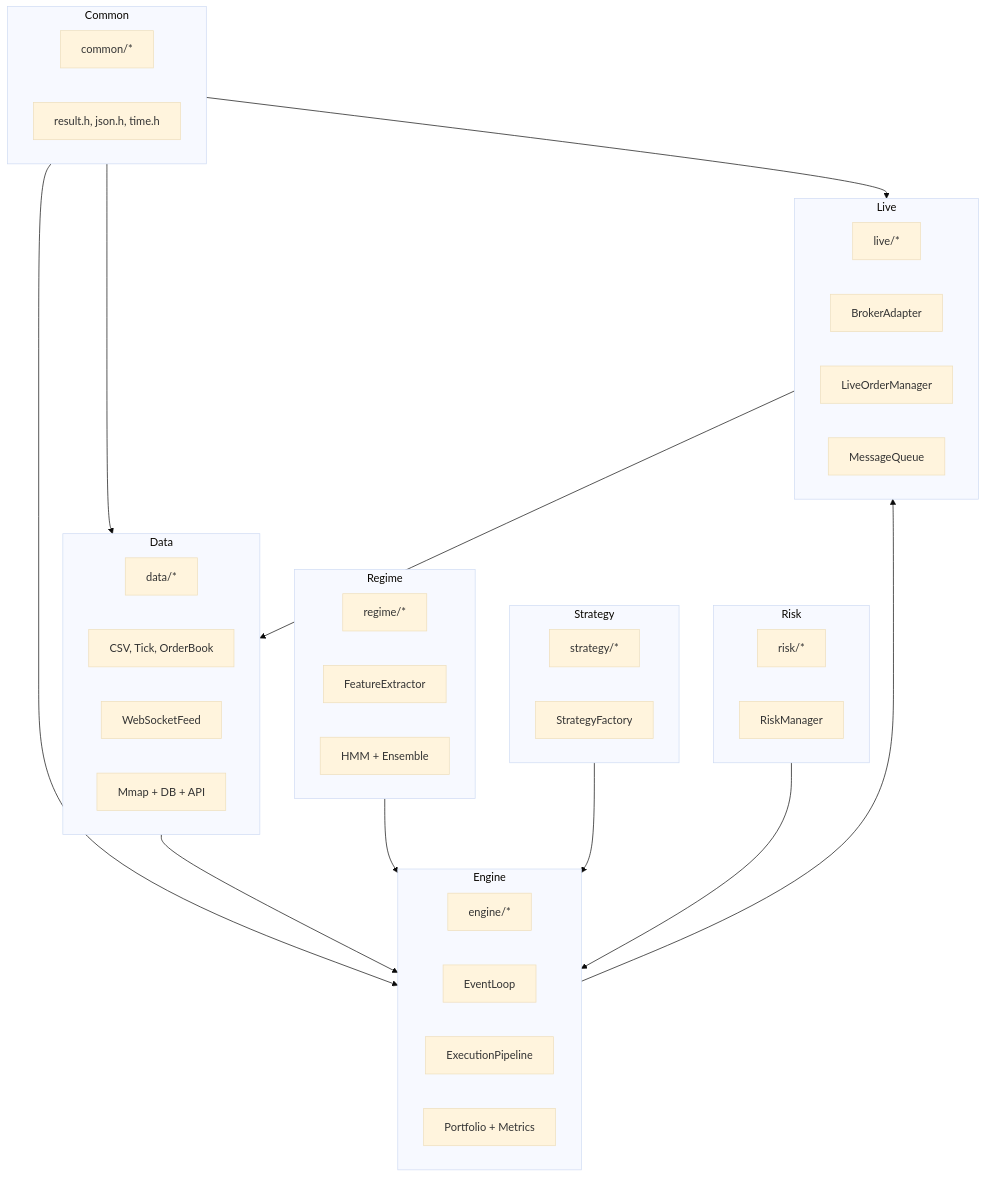
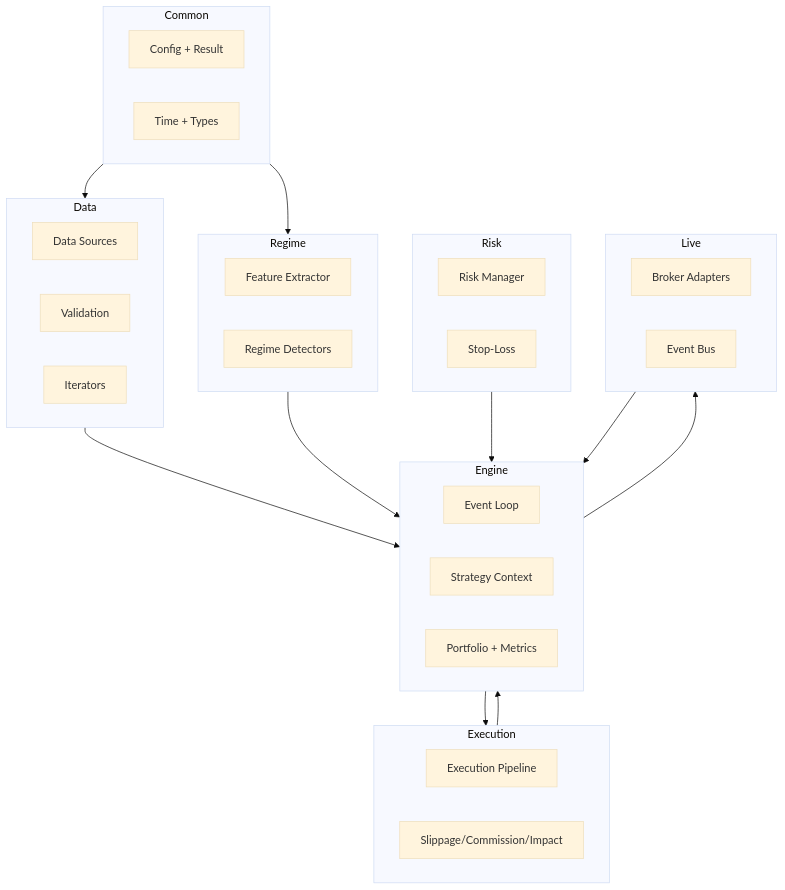
Before and after one commit to gregorian-09/regime-flow: the diagram in docs/explanation/architecture.md, drawn with Mermaid (base theme). The commit also changed other lines of this file and 58 other files, not shown here.

````diff
--- a/docs/explanation/architecture.md
+++ b/docs/explanation/architecture.md
@@ -8,55 +19,49 @@
 ```mermaid
 flowchart TB
   subgraph Common
-    C1[common/*]
-    C2[result.h, json.h, time.h]
+    C1[Config + Result]
+    C2[Time + Types]
   end
 
   subgraph Data
-    D1[data/*]
-    D2[CSV, Tick, OrderBook]
-    D3[WebSocketFeed]
-    D4[Mmap + DB + API]
+    D1[Data Sources]
+    D2[Validation]
+    D3[Iterators]
   end
 
   subgraph Regime
-    R1[regime/*]
-    R2[FeatureExtractor]
-    R3[HMM + Ensemble]
+    R1[Feature Extractor]
+    R2[Regime Detectors]
   end
 
   subgraph Engine
-    E1[engine/*]
-    E2[EventLoop]
-    E3[ExecutionPipeline]
-    E4[Portfolio + Metrics]
+    E1[Event Loop]
+    E2[Strategy Context]
+    E3[Portfolio + Metrics]
   end
 
-  subgraph Strategy
-    S1[strategy/*]
-    S2[StrategyFactory]
+  subgraph Execution
+    X1[Execution Pipeline]
+    X2[Slippage/Commission/Impact]
   end
 
   subgraph Risk
-    K1[risk/*]
-    K2[RiskManager]
+    K1[Risk Manager]
+    K2[Stop-Loss]
   end
 
   subgraph Live
-    L1[live/*]
-    L2[BrokerAdapter]
-    L3[LiveOrderManager]
-    L4[MessageQueue]
+    L1[Broker Adapters]
+    L2[Event Bus]
   end
 
   Common --> Data
-  Common --> Engine
-  Common --> Live
-
+  Common --> Regime
   Data --> Engine
   Regime --> Engine
-  Strategy --> Engine
+  Engine --> Execution
+  Execution --> Engine
   Risk --> Engine
   Engine --> Live
-  Live --> Data
+  Live --> Engine
 ```
````
